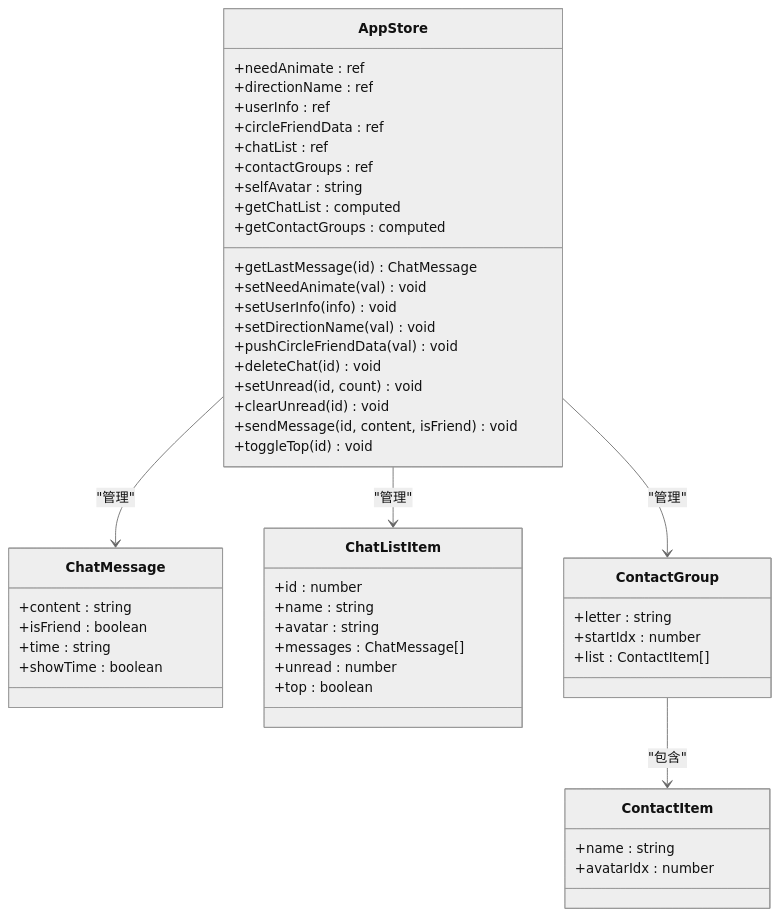
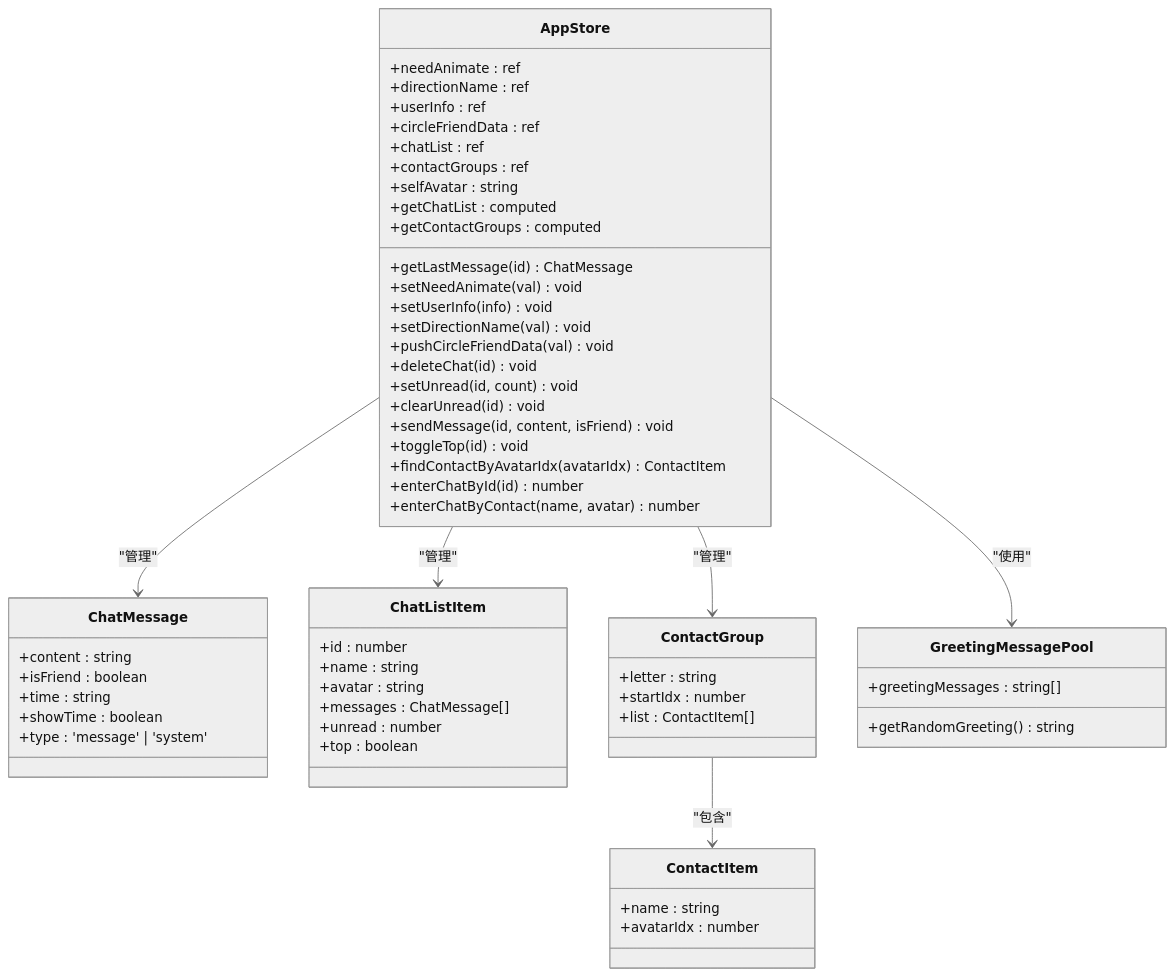
Diagram 13 of 22 in .qoder/repowiki/zh/content/核心系统/聊天系统.md (giserman001/vue3-vant4-mobile), drawn with Mermaid (neutral theme) before and after one commit. The commit also changed other lines of this file and 13 other files, not shown here.

````diff
--- a/.qoder/repowiki/zh/content/核心系统/聊天系统.md
+++ b/.qoder/repowiki/zh/content/核心系统/聊天系统.md
@@ -575,51 +620,60 @@
 ```mermaid
 classDiagram
 class AppStore {
 +needAnimate : ref
 +directionName : ref
 +userInfo : ref
 +circleFriendData : ref
 +chatList : ref
 +contactGroups : ref
 +selfAvatar : string
 +getChatList : computed
 +getContactGroups : computed
 +getLastMessage(id) ChatMessage
 +setNeedAnimate(val) void
 +setUserInfo(info) void
 +setDirectionName(val) void
 +pushCircleFriendData(val) void
 +deleteChat(id) void
 +setUnread(id, count) void
 +clearUnread(id) void
 +sendMessage(id, content, isFriend) void
 +toggleTop(id) void
++findContactByAvatarIdx(avatarIdx) ContactItem
++enterChatById(id) number
++enterChatByContact(name, avatar) number
 }
 class ChatMessage {
 +content : string
 +isFriend : boolean
 +time : string
 +showTime : boolean
++type : 'message' | 'system'
 }
 class ChatListItem {
 +id : number
 +name : string
 +avatar : string
 +messages : ChatMessage[]
 +unread : number
 +top : boolean
 }
 class ContactGroup {
 +letter : string
 +startIdx : number
 +list : ContactItem[]
 }
 class ContactItem {
 +name : string
 +avatarIdx : number
 }
+class GreetingMessagePool {
++greetingMessages : string[]
++getRandomGreeting() string
+}
 AppStore --> ChatMessage : "管理"
 AppStore --> ChatListItem : "管理"
 AppStore --> ContactGroup : "管理"
+AppStore --> GreetingMessagePool : "使用"
 ContactGroup --> ContactItem : "包含"
 ```
````
